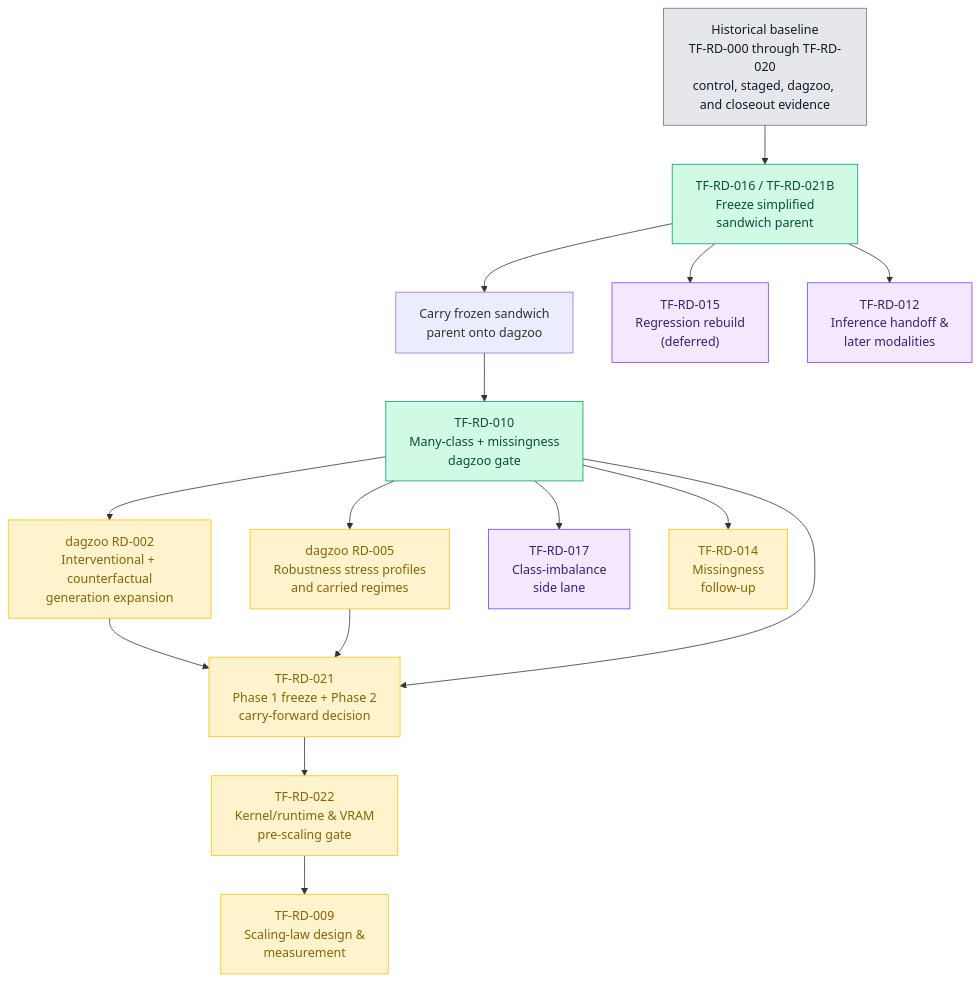
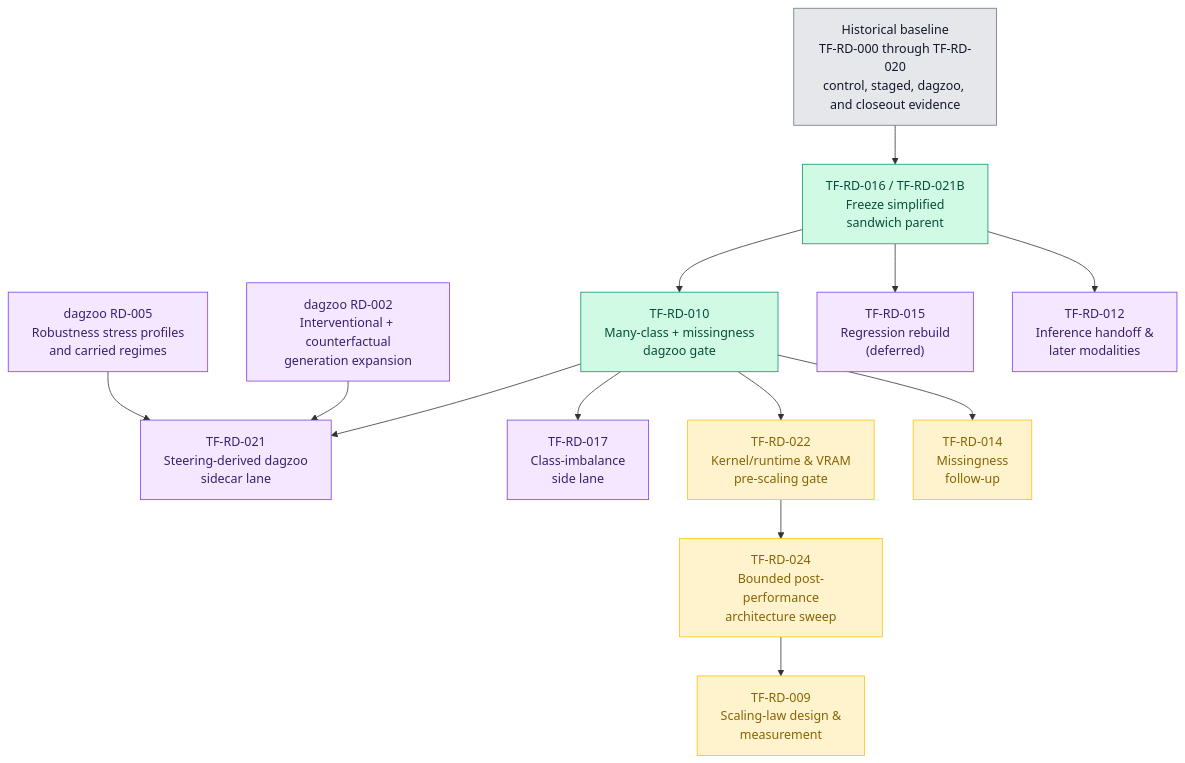
One commit to bensonlee5/tab-foundry changed the diagram in docs/development/roadmap.md. Above: the diagram before and after it, drawn with Mermaid. The commit also changed other lines of this file and 34 other files, not shown here.

````diff
--- a/docs/development/roadmap.md
+++ b/docs/development/roadmap.md
@@ -149,42 +152,40 @@
 ```mermaid
 flowchart TD
     HIST["Historical baseline<br/>TF-RD-000 through TF-RD-020<br/>control, staged, dagzoo, and closeout evidence"]
     RD016["TF-RD-016 / TF-RD-021B<br/>Freeze simplified<br/>sandwich parent"]
-    DAG["Carry frozen sandwich<br/>parent onto dagzoo"]
     RD010["TF-RD-010<br/>Many-class + missingness<br/>dagzoo gate"]
+    RD021["TF-RD-021<br/>Steering-derived dagzoo<br/>sidecar lane"]
     DZ002["dagzoo RD-002<br/>Interventional + counterfactual<br/>generation expansion"]
     DZ005["dagzoo RD-005<br/>Robustness stress profiles<br/>and carried regimes"]
-    RD021["TF-RD-021<br/>Phase 1 freeze + Phase 2<br/>carry-forward decision"]
     RD017["TF-RD-017<br/>Class-imbalance<br/>side lane"]
     RD022["TF-RD-022<br/>Kernel/runtime & VRAM<br/>pre-scaling gate"]
+    RD024["TF-RD-024<br/>Bounded post-performance<br/>architecture sweep"]
     RD014["TF-RD-014<br/>Missingness<br/>follow-up"]
     RD015["TF-RD-015<br/>Regression rebuild<br/>(deferred)"]
     RD012["TF-RD-012<br/>Inference handoff &<br/>later modalities"]
     RD009["TF-RD-009<br/>Scaling-law design &<br/>measurement"]
 
     HIST --> RD016
-    RD016 --> DAG
-    DAG --> RD010
-    RD010 --> DZ002
-    RD010 --> DZ005
+    RD016 --> RD010
+    RD010 --> RD022
+    RD022 --> RD024
+    RD024 --> RD009
+    RD010 --> RD021
     DZ002 --> RD021
     DZ005 --> RD021
-    RD010 --> RD021
     RD010 --> RD014
     RD010 --> RD017
-    RD021 --> RD022
-    RD022 --> RD009
     RD016 --> RD015
     RD016 --> RD012
 
     classDef hist fill:#e5e7eb,stroke:#6b7280,color:#111827;
     classDef done fill:#d1fae5,stroke:#059669,color:#064e3b;
     classDef readyNow fill:#fff3cd,stroke:#ffc107,color:#856404;
     classDef gate fill:#fff1d6,stroke:#c67a00,color:#3d2a00;
     classDef later fill:#f3e8ff,stroke:#7c3aed,color:#3b1f6e;
 
     class HIST hist;
     class RD010,RD016 done;
-    class DZ002,DZ005,RD021,RD022,RD009,RD014 readyNow;
-    class RD012,RD015,RD017 later;
+    class RD022,RD024,RD009,RD014 readyNow;
+    class DZ002,DZ005,RD021,RD012,RD015,RD017 later;
 ```
````
